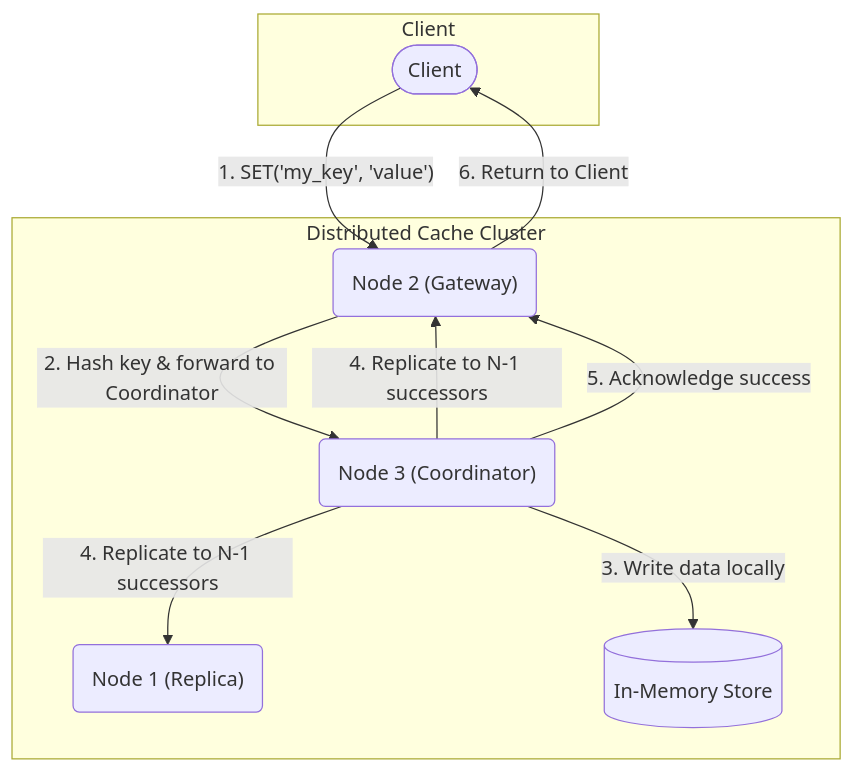
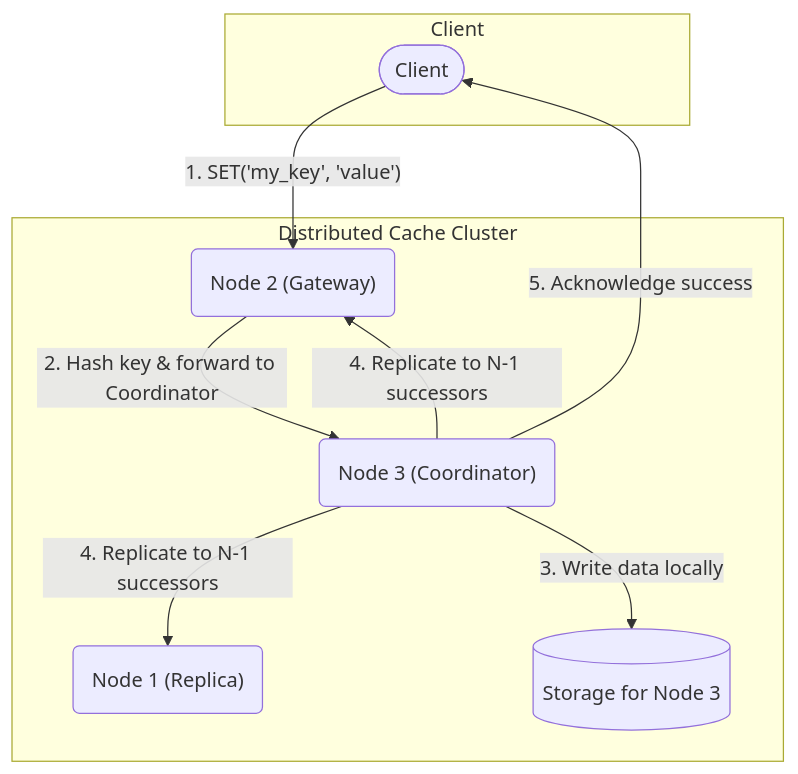
The diagram in README.md (KaranSinghDev/Distributed-Operations-Hub), drawn with Mermaid before and after one commit. The commit also changed other lines of this file, not shown here.

````diff
--- a/README.md
+++ b/README.md
@@ -24,21 +28,20 @@
 ```mermaid
 graph TD
     subgraph "Client"
         C([Client])
     end
 
     subgraph "Distributed Cache Cluster"
         N1("Node 1 (Replica)")
         N2("Node 2 (Gateway)")
         N3("Node 3 (Coordinator)")
-        N3_Storage[(In-Memory Store)]
+        N3_Storage[(Storage for Node 3)]
     end
     
     C -- "1. SET('my_key', 'value')" --> N2;
     N2 -- "2. Hash key & forward to Coordinator" --> N3;
     N3 -- "3. Write data locally" --> N3_Storage;
     N3 -- "4. Replicate to N-1 successors" --> N1;
     N3 -- "4. Replicate to N-1 successors" --> N2;
-    N3 -- "5. Acknowledge success" --> N2;
-    N2 -- "6. Return to Client" --> C;
+    N3 -- "5. Acknowledge success" --> C;
 ```
````
